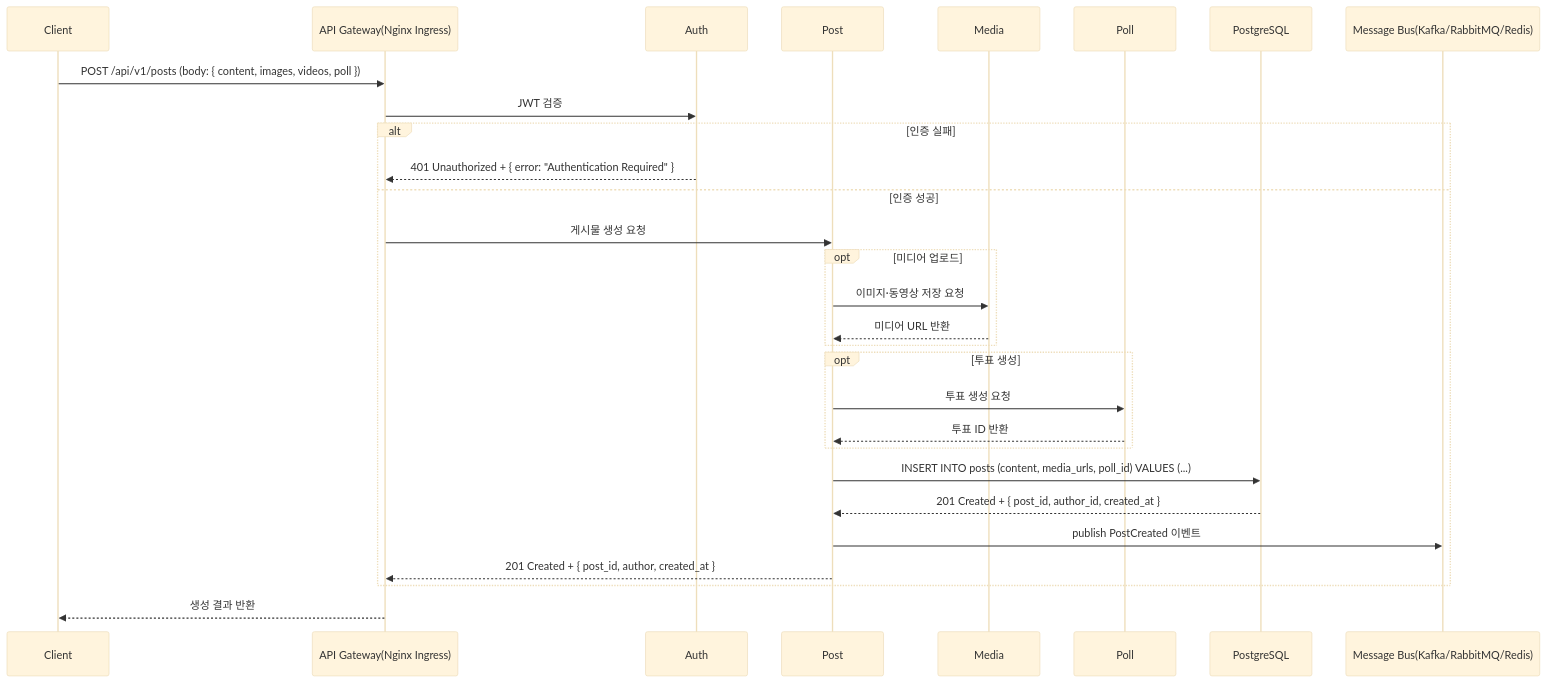
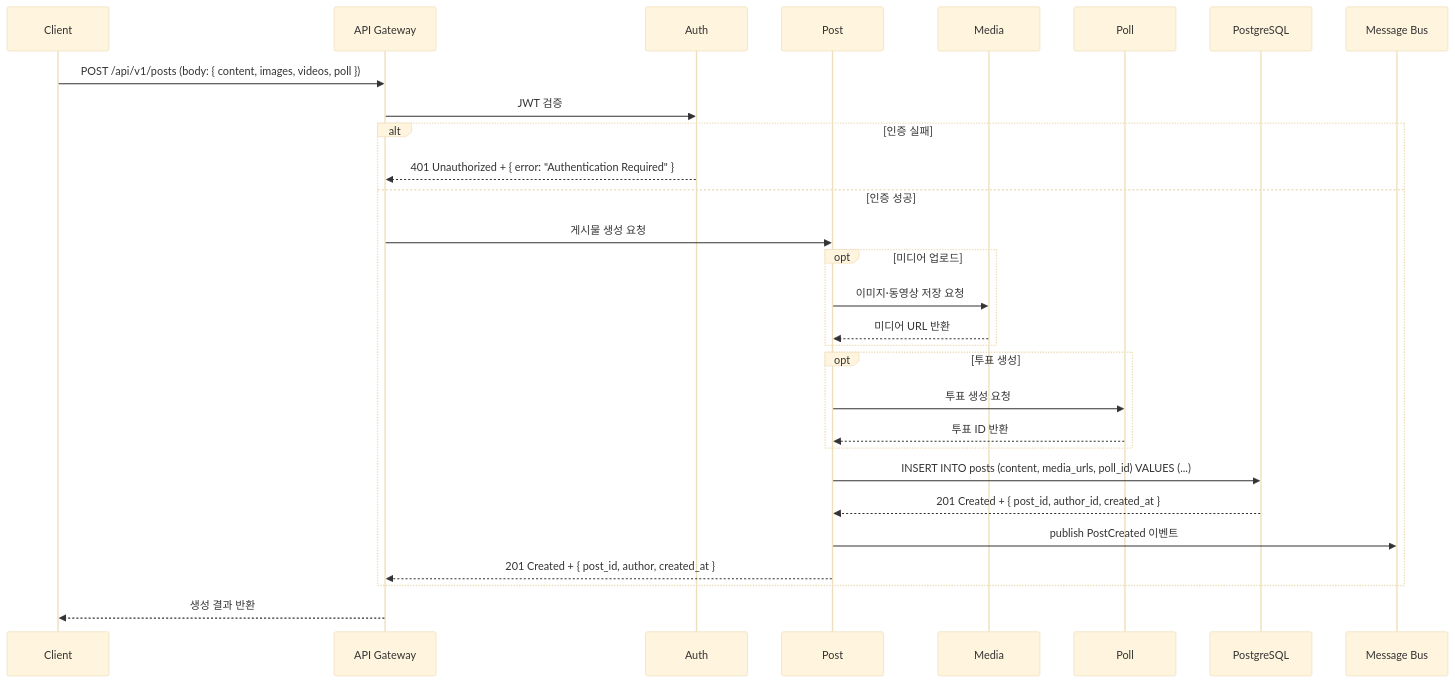
Diagram 16 of 47 in documents/sequence_diagram.md (myeonghan-nim/veilgram), drawn with Mermaid (base theme) before and after one commit. The commit also changed other lines of this file and 1 other file, not shown here.

````diff
--- a/documents/sequence_diagram.md
+++ b/documents/sequence_diagram.md
@@ -582,32 +580,32 @@
 ```mermaid
 sequenceDiagram
     participant Client as Client
-    participant APIGW as API Gateway(Nginx Ingress)
+    participant APIGW as API Gateway
     participant Auth as Auth
     participant Post as Post
     participant Media as Media
     participant Poll as Poll
     participant DB as PostgreSQL
-    participant Bus as Message Bus(Kafka/RabbitMQ/Redis)
+    participant Bus as Message Bus
 
     Client->>APIGW: POST /api/v1/posts (body: { content, images, videos, poll })
     APIGW->>Auth: JWT 검증
     alt 인증 실패
         Auth-->>APIGW: 401 Unauthorized + { error: "Authentication Required" }
     else 인증 성공
         APIGW->>Post: 게시물 생성 요청
         opt 미디어 업로드
             Post->>Media: 이미지·동영상 저장 요청
             Media-->>Post: 미디어 URL 반환
         end
         opt 투표 생성
             Post->>Poll: 투표 생성 요청
             Poll-->>Post: 투표 ID 반환
         end
         Post->>DB: INSERT INTO posts (content, media_urls, poll_id) VALUES (...)
         DB-->>Post: 201 Created + { post_id, author_id, created_at }
         Post->>Bus: publish PostCreated 이벤트
         Post-->>APIGW: 201 Created + { post_id, author, created_at }
     end
     APIGW-->>Client: 생성 결과 반환
 ```
````
